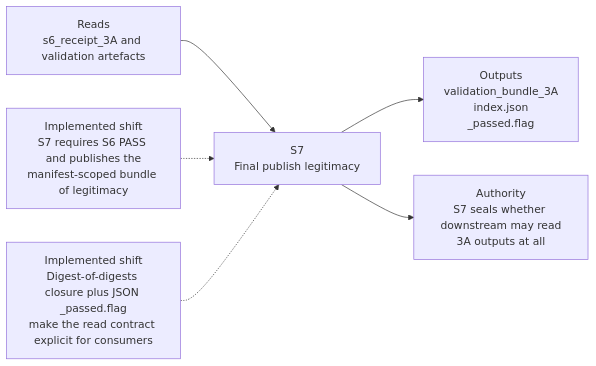
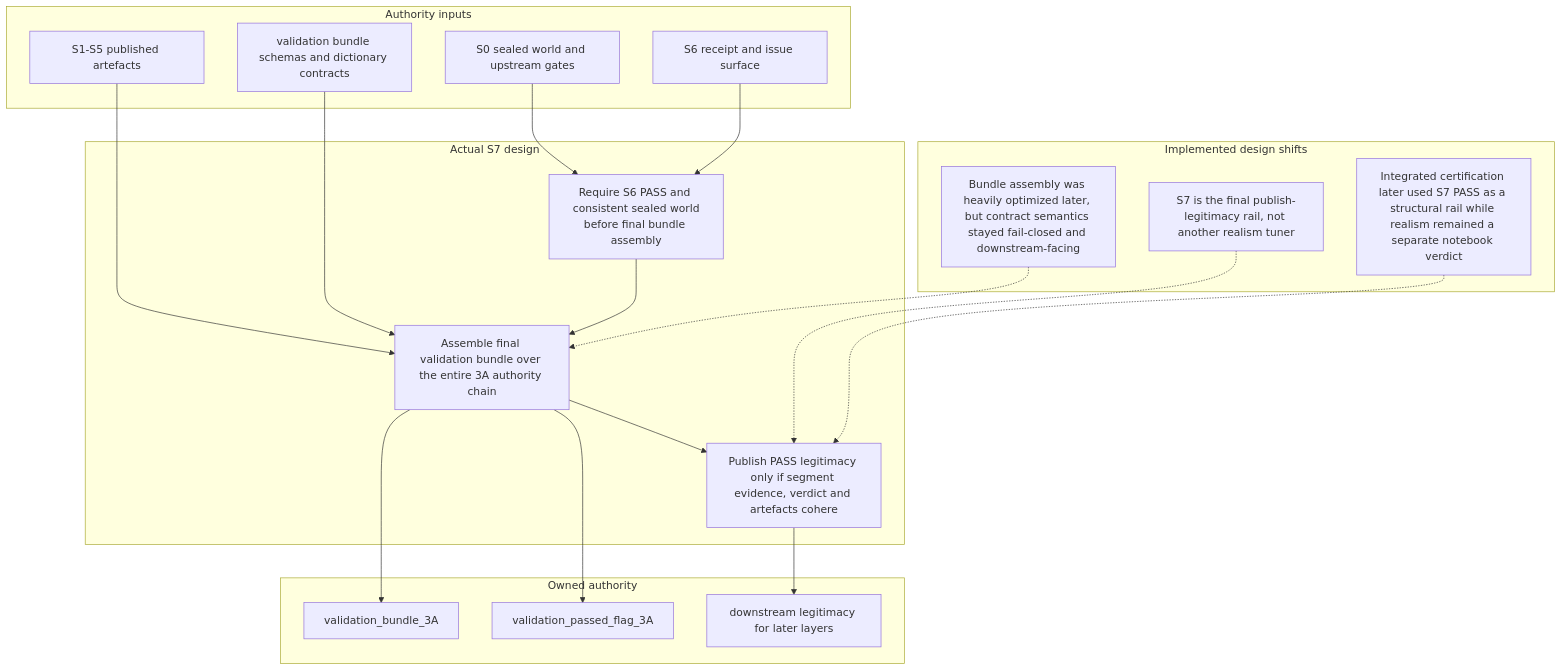
One commit to EsosaOrumwese/fraud-detection-system changed the diagram in docs/design/data-engine/layer-1/3A/3A-S7-design-flow.mmd. Above: the diagram before and after it, drawn with Mermaid. The commit also changed 56 other files, not shown here.

First line of the commit message:
Refactor design flows for segments 3B and 5A to enhance clarity and authority structure

```diff
--- a/docs/design/data-engine/layer-1/3A/3A-S7-design-flow.mmd
+++ b/docs/design/data-engine/layer-1/3A/3A-S7-design-flow.mmd
@@ -1,16 +1,38 @@
-flowchart LR
-  I1["Reads<br/>s6_receipt_3A and validation artefacts"]
+flowchart TD
+  subgraph inputs["Authority inputs"]
+    I1["S0 sealed world and upstream gates"]
+    I2["S1-S5 published artefacts"]
+    I3["S6 receipt and issue surface"]
+    I4["validation bundle schemas and dictionary contracts"]
+  end
 
-  S7["S7<br/>Final publish legitimacy"]
+  subgraph core["Actual S7 design"]
+    C1["Require S6 PASS and consistent sealed world<br/>before final bundle assembly"]
+    C2["Assemble final validation bundle over the entire 3A authority chain"]
+    C3["Publish PASS legitimacy only if segment evidence, verdict and artefacts cohere"]
+  end
 
-  O1["Outputs<br/>validation_bundle_3A<br/>index.json<br/>_passed.flag"]
-  O2["Authority<br/>S7 seals whether downstream may read<br/>3A outputs at all"]
+  subgraph shifts["Implemented design shifts"]
+    S1["S7 is the final publish-legitimacy rail, not another realism tuner"]
+    S2["Bundle assembly was heavily optimized later, but contract semantics stayed fail-closed and downstream-facing"]
+    S3["Integrated certification later used S7 PASS as a structural rail while realism remained a separate notebook verdict"]
+  end
 
-  R1["Implemented shift<br/>S7 requires S6 PASS and publishes the<br/>manifest-scoped bundle of legitimacy"]
-  R2["Implemented shift<br/>Digest-of-digests closure plus JSON _passed.flag<br/>make the read contract explicit for consumers"]
+  subgraph outputs["Owned authority"]
+    O1["validation_bundle_3A"]
+    O2["validation_passed_flag_3A"]
+    O3["downstream legitimacy for later layers"]
+  end
 
-  I1 --> S7
-  S7 --> O1
-  S7 --> O2
-  R1 -.-> S7
-  R2 -.-> S7
+  I1 --> C1
+  I2 --> C2
+  I3 --> C1
+  I4 --> C2
+  C1 --> C2 --> C3
+  C2 --> O1
+  C2 --> O2
+  C3 --> O3
+
+  S1 -.-> C3
+  S2 -.-> C2
+  S3 -.-> C3
```
